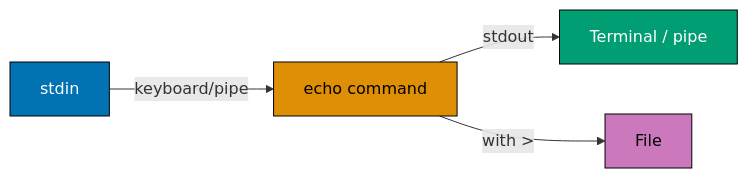
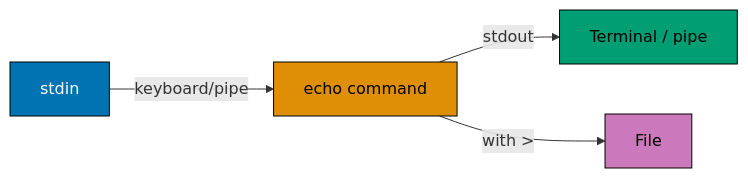
The first of 15 diagrams in apps/ayokoding-www/content/en/learn/legacy/software-engineering/platforms/linux/tools/shell/by-example/beginner.md (wahidyankf/ose-public), drawn with Mermaid before and after one commit. The commit also changed other lines of this file and 130 other files, not shown here.

First line of the commit message:
fix(mermaid): bring the legacy platforms diagrams onto the accessible palette

````diff
--- a/apps/ayokoding-www/content/en/learn/legacy/software-engineering/platforms/linux/tools/shell/by-example/beginner.md
+++ b/apps/ayokoding-www/content/en/learn/legacy/software-engineering/platforms/linux/tools/shell/by-example/beginner.md
@@ -22,12 +22,19 @@
 ```mermaid
 %% Color Palette: Blue #0173B2, Orange #DE8F05, Teal #029E73, Purple #CC78BC, Brown #CA9161
 graph LR
+    accTitle: Diagram
+    accDescr: Graph with 4 nodes and 3 connections. Nodes: stdin, echo command, Terminal / pipe, File. Connections: stdin to echo command (keyboard/pipe), echo command to Terminal / pipe (stdout), echo command to File (with >).
     A[stdin] -->|keyboard/pipe| B[echo command]
     B -->|stdout| C[Terminal / pipe]
     B -->|"with >"| D[File]
 
-    style A fill:#0173B2,stroke:#000,color:#fff
-    style B fill:#DE8F05,stroke:#000,color:#000
-    style C fill:#029E73,stroke:#000,color:#fff
-    style D fill:#CC78BC,stroke:#000,color:#000
+    classDef pal-0173B2 fill:#0173B2,stroke:#000000,color:#FFFFFF
+    class A pal-0173B2
+    classDef pal-DE8F05 fill:#DE8F05,stroke:#000000,color:#000000
+    class B pal-DE8F05
+    classDef pal-029E73 fill:#029E73,stroke:#000000,color:#000000
+    class C pal-029E73
+    classDef pal-CC78BC fill:#CC78BC,stroke:#000000,color:#000000
+    class D pal-CC78BC
+    classDef default fill:#FFFFFF,stroke:#000000,color:#000000
 ```
````
